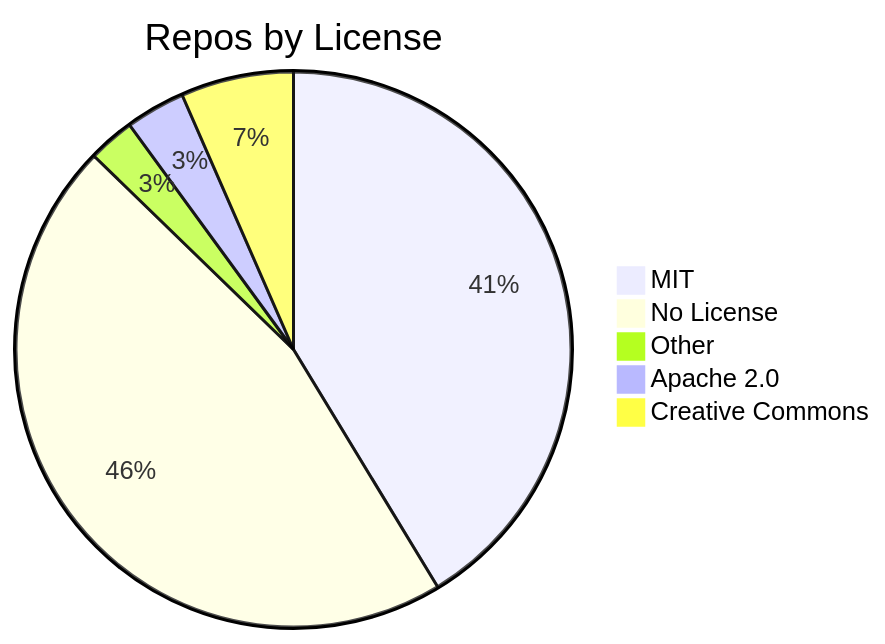
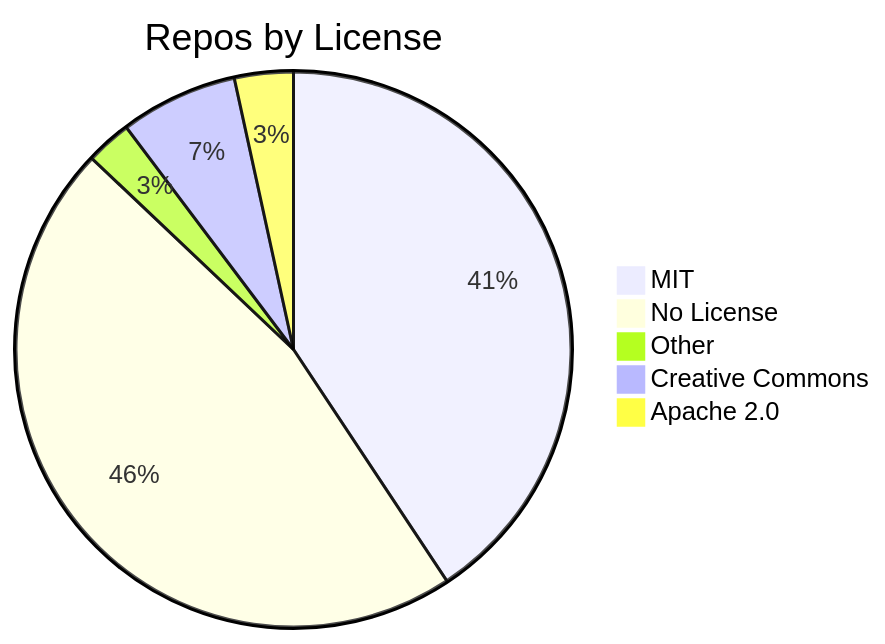
The diagram in README.md (jpatterson933/awesome-mcp-server-repo-index), drawn with Mermaid before and after one commit. The commit also changed other lines of this file and 3 other files, not shown here.

````diff
--- a/README.md
+++ b/README.md
@@ -29,8 +29,8 @@
 ```mermaid
 pie title Repos by License
     "MIT" : 107
-    "No License" : 119
+    "No License" : 122
     "Other" : 7
+    "Creative Commons" : 18
     "Apache 2.0" : 9
-    "Creative Commons" : 17
 ```
````
